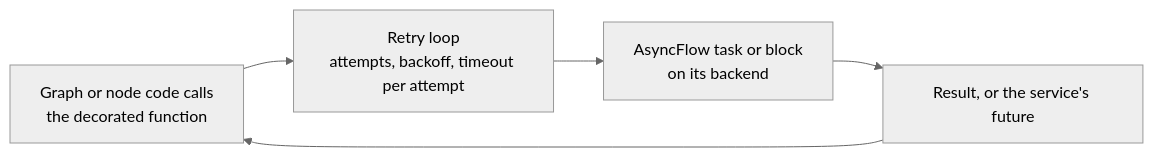
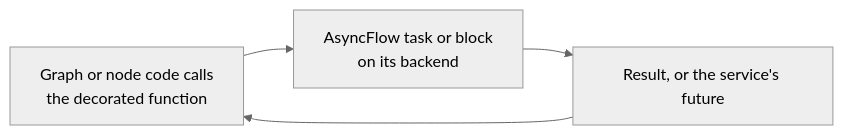
Before and after one commit to stride-research/flowgentic: the second of 3 diagrams in docs/architecture.md, drawn with Mermaid (neutral theme). The commit also changed other lines of this file and 24 other files, not shown here.

First line of the commit message:
Remove the retry and timeout around every decorated call

````diff
--- a/docs/architecture.md
+++ b/docs/architecture.md
@@ -55,7 +54,6 @@
 ```mermaid
 flowchart LR
-  CALL[Graph or node code calls<br/>the decorated function] --> RETRY[Retry loop<br/>attempts, backoff, timeout per attempt]
-  RETRY --> SUBMIT[AsyncFlow task or block<br/>on its backend]
+  CALL[Graph or node code calls<br/>the decorated function] --> SUBMIT[AsyncFlow task or block<br/>on its backend]
   SUBMIT --> RESULT[Result, or the service's future]
   RESULT --> CALL
 ```
````
